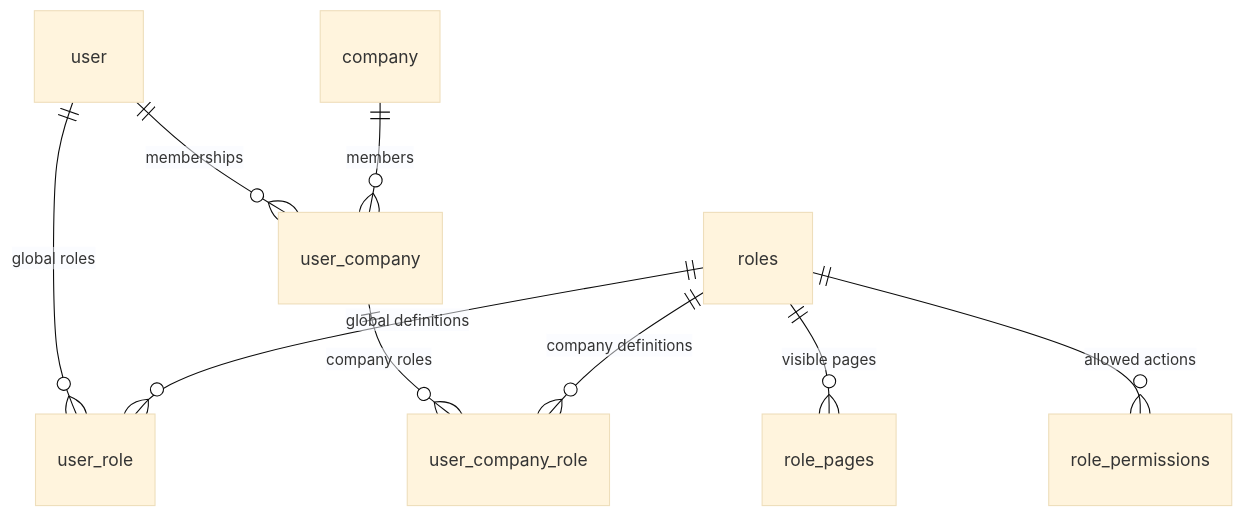
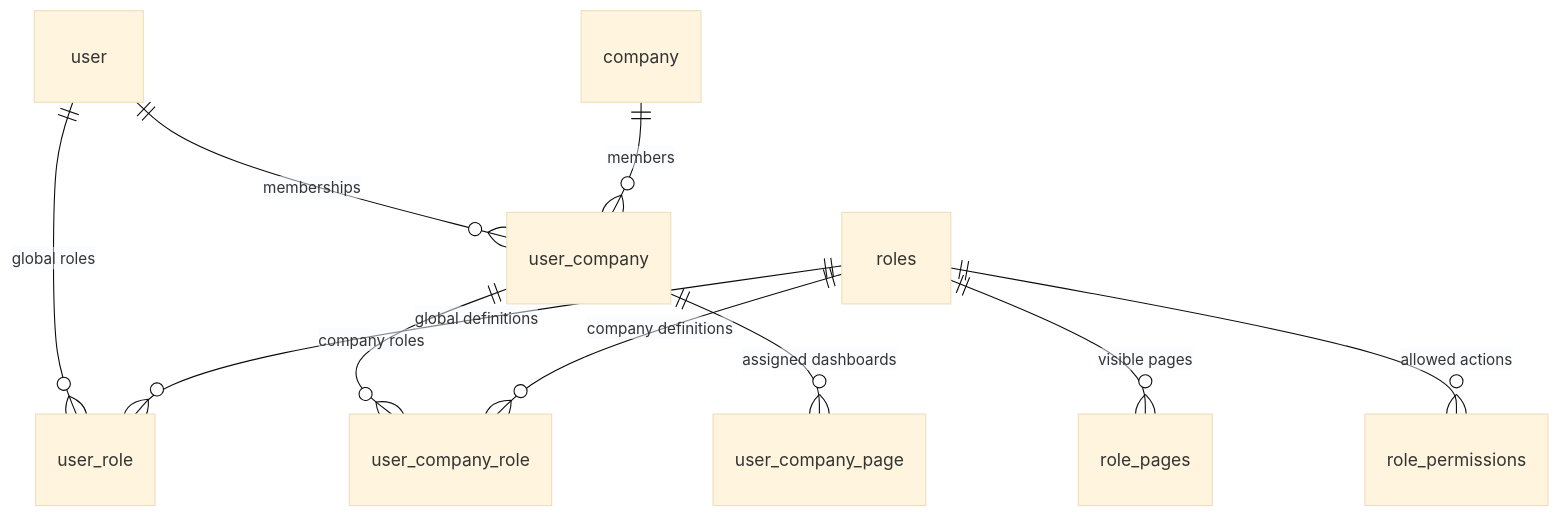
The diagram in docs/DATA_MODEL.md (Itdepartment-b1g/b1g-fuel), drawn with Mermaid (base theme) before and after one commit. The commit also changed other lines of this file and 26 other files, not shown here.

````diff
--- a/docs/DATA_MODEL.md
+++ b/docs/DATA_MODEL.md
@@ -7,11 +7,12 @@
 ```mermaid
 erDiagram
   user ||--o{ user_role : "global roles"
   roles ||--o{ user_role : "global definitions"
   user ||--o{ user_company : "memberships"
   company ||--o{ user_company : "members"
   user_company ||--o{ user_company_role : "company roles"
+  user_company ||--o{ user_company_page : "assigned dashboards"
   roles ||--o{ user_company_role : "company definitions"
   roles ||--o{ role_pages : "visible pages"
   roles ||--o{ role_permissions : "allowed actions"
 ```
````
